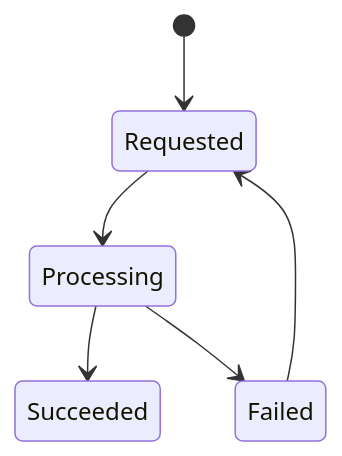
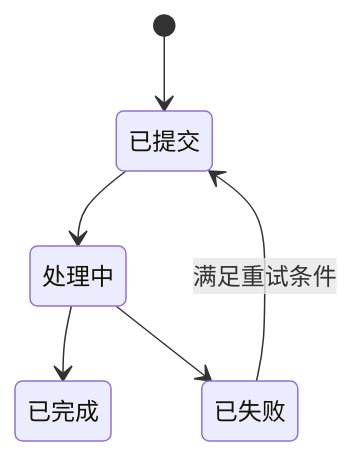
One commit to ybak/sdd-starter changed the fifth of 5 diagrams in openspec/templates/design.md. Above: the diagram before and after it, drawn with Mermaid. The commit also changed other lines of this file and 4 other files, not shown here.

Commit message:
docs: 中文化 OpenSpec 模板并修复 Mermaid 图

````diff
--- a/openspec/templates/design.md
+++ b/openspec/templates/design.md
@@ -115,8 +159,8 @@
 ```mermaid
 stateDiagram-v2
-  [*] --> Requested
-  Requested --> Processing
-  Processing --> Succeeded
-  Processing --> Failed
-  Failed --> Requested: <retry rule>
+  [*] --> 已提交
+  已提交 --> 处理中
+  处理中 --> 已完成
+  处理中 --> 已失败
+  已失败 --> 已提交: 满足重试条件
 ```
````
